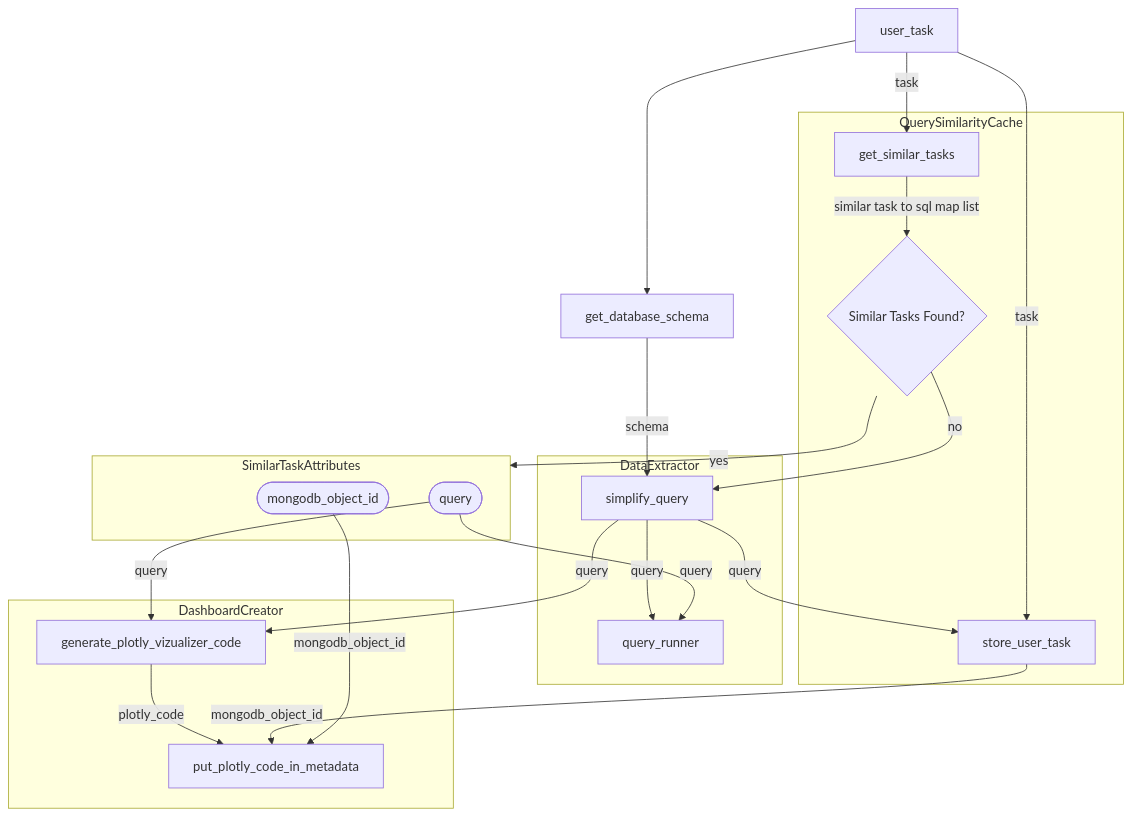
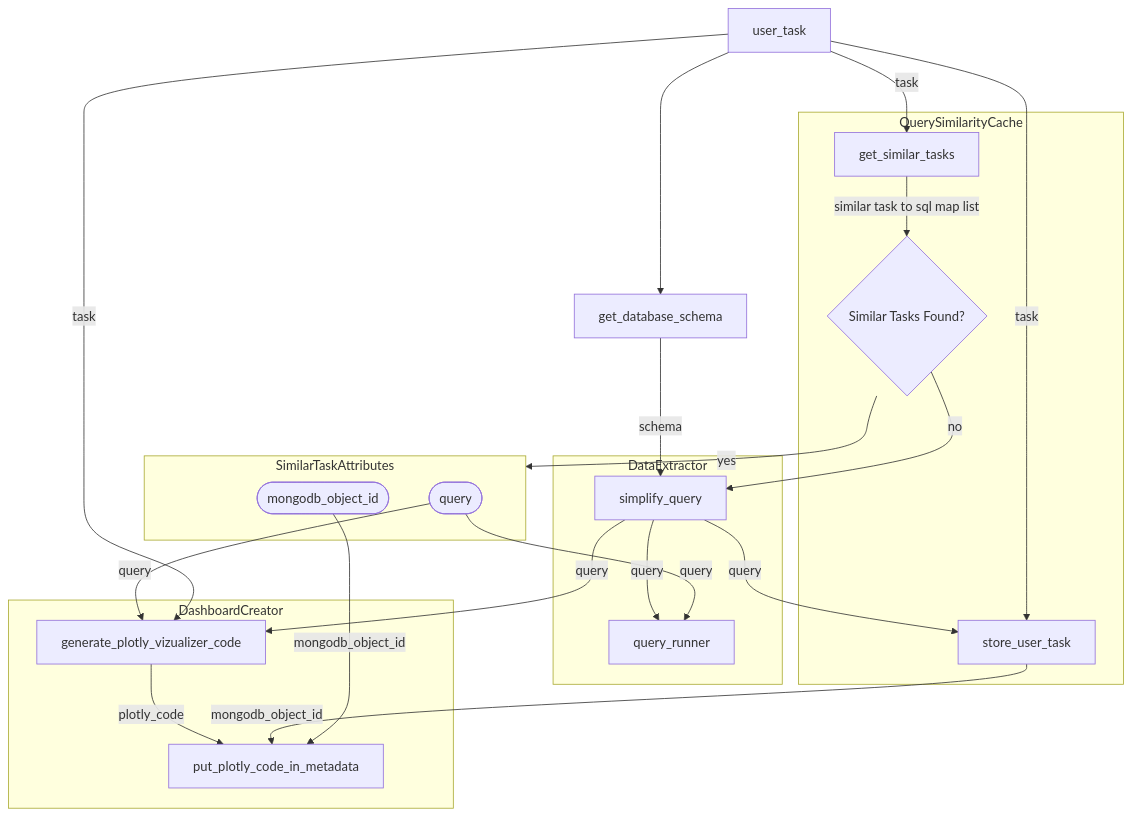
One commit to sandipto-sanyal/agentic-sql-chatbot-be changed the diagram in orchestrator_flow_plotly.mmd. Above: the diagram before and after it, drawn with Mermaid. The commit also changed 6 other files, not shown here.

Commit message:
take instruction from user which type of chart to render

```diff
--- a/orchestrator_flow_plotly.mmd
+++ b/orchestrator_flow_plotly.mmd
@@ -1,36 +1,37 @@
 flowchart TD
     subgraph DataExtractor
         DE1["simplify_query"]
         DE2["query_runner"]
         DE1 --> |query|DE2
   
     end
     subgraph QuerySimilarityCache
         QSC1["get_similar_tasks"]
         QSC2{"Similar Tasks Found?"}
         QSC1 --> |"similar task to sql map list"|QSC2
         QSC3["store_user_task"]
     end
 
     subgraph DashboardCreator
         DC1["generate_plotly_vizualizer_code"] --> |plotly_code|DC2["put_plotly_code_in_metadata"]
     end
 
     subgraph SimilarTaskAttributes
         STA1([mongodb_object_id])
         STA2([query])
     end
     A["user_task"] --> |task| QSC1
     A --> B["get_database_schema"]
     B --> |schema| DE1
     QSC2 --> |yes|SimilarTaskAttributes
     STA2 --> |query|DE2
     QSC2 --> |no|DE1
     A --> |task|QSC3
     DE1 --> |query|QSC3
     DE1 --> |query|DC1
     QSC3 --> |mongodb_object_id|DC2
 
     STA2 --> |query|DC1
+    A --> |task|DC1
     STA1 --> |mongodb_object_id|DC2
     %% style SimilarTaskAttributes fill:none,stroke:none,color:transparent
```
